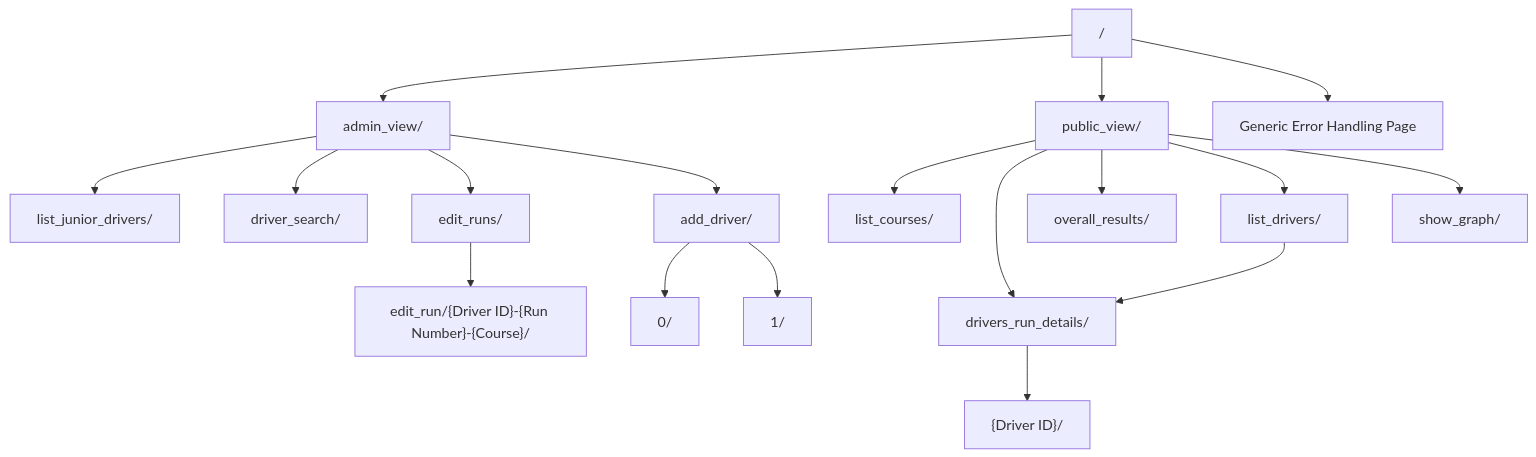
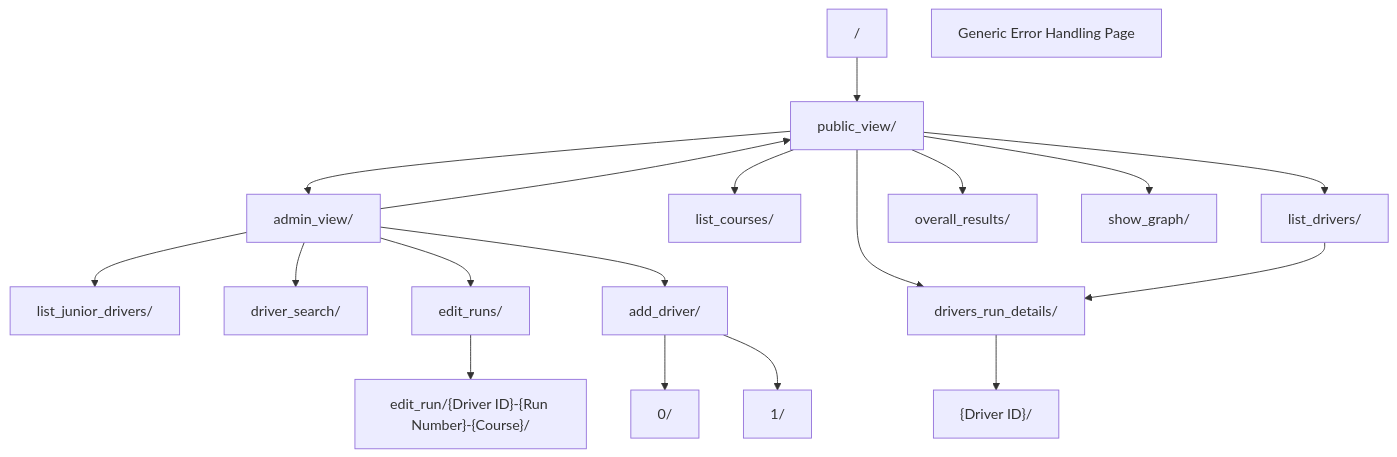
One commit to sinmentis/COMP636_BRMM_Web_App changed the diagram in README.md. Above: the diagram before and after it, drawn with Mermaid. The commit also changed other lines of this file and 12 other files, not shown here.

````diff
--- a/README.md
+++ b/README.md
@@ -6,46 +7,47 @@
 ```mermaid
 graph TD;
     root["/"];
     genericErrorHandlingPage["Generic Error Handling Page"];
     adminView["admin_view/"];
     listJuniorDrivers["list_junior_drivers/"];
     driverSearch["driver_search/"];
     editRuns["edit_runs/"];
     addDriver["add_driver/"];
     caregiver["0/"];
     editRun["edit_run/{Driver ID}-{Run Number}-{Course}/"];
     driverID["{Driver ID}/"];
     junior["1/"];
     publicView["public_view/"];
     listCourses["list_courses/"];
     driversRunDetails["drivers_run_details/"];
     listDrivers["list_drivers/"];
     overallResults["overall_results/"];
     showGraph["show_graph/"];
 
-    root --> adminView;
     root --> publicView;
-    root --> genericErrorHandlingPage;
 
 
-    adminView --> listJuniorDrivers;
-    adminView --> driverSearch;
-    adminView --> editRuns;
-    adminView --> addDriver;
-
-    editRuns --> editRun;
-
-    addDriver --> caregiver;
-    addDriver --> junior;
-
-
+    publicView --> adminView;
     publicView --> listCourses;
     publicView --> driversRunDetails;
     publicView --> overallResults;
     publicView --> listDrivers;
     publicView --> showGraph;
 
     listDrivers --> driversRunDetails;
 
     driversRunDetails --> driverID;
+
+
+    adminView --> publicView
+    adminView --> listJuniorDrivers;
+    adminView --> driverSearch;
+    adminView --> editRuns;
+    editRuns --> editRun;
+    adminView --> addDriver;
+    addDriver --> caregiver;
+    addDriver --> junior;
+
+
+
 ```
````
